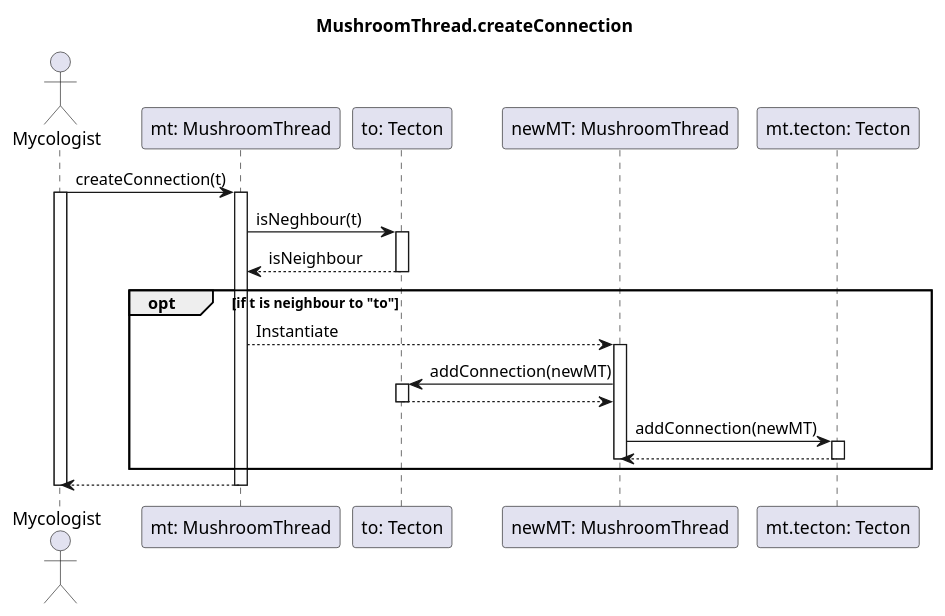
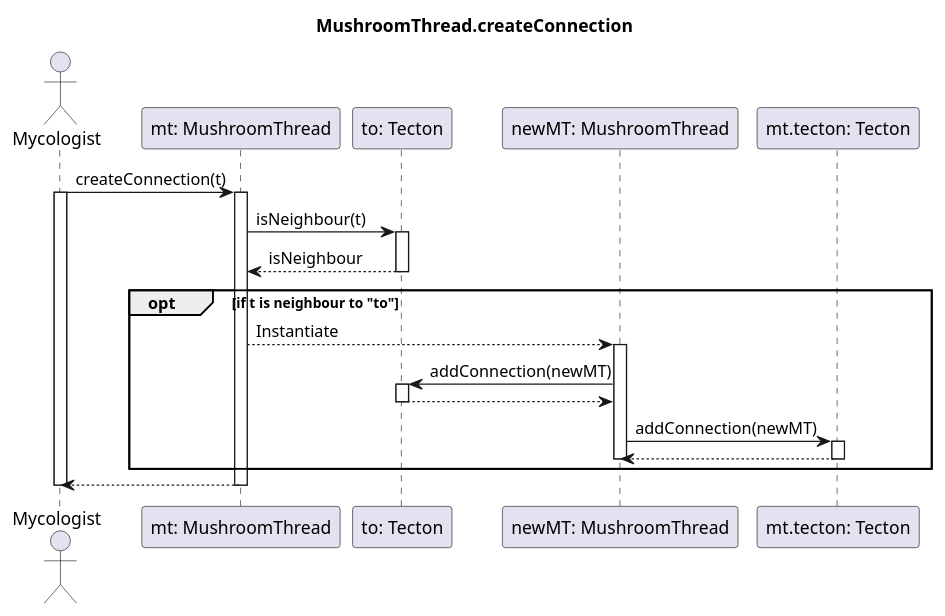
The diagram in diagrams/sequence/mushroom/mushroom_thread/createConnection.wsd (dzsem/projlab), drawn with PlantUML before and after one commit. The commit also changed 3 other files, not shown here.

```diff
--- a/diagrams/sequence/mushroom/mushroom_thread/createConnection.wsd
+++ b/diagrams/sequence/mushroom/mushroom_thread/createConnection.wsd
@@ -1,40 +1,40 @@
 @startuml Create Connection
 title MushroomThread.createConnection
 
 actor "Mycologist" as mycologist
 participant "mt: MushroomThread" as mt
 participant "to: Tecton" as to
 participant "newMT: MushroomThread" as newMT 
 participant "mt.tecton: Tecton" as t
 
 mycologist -> mt : createConnection(t)
 activate mycologist
 activate mt
 
-mt -> to : isNeghbour(t) 
+mt -> to : isNeighbour(t) 
 activate to
 to --> mt : isNeighbour
 deactivate to
 
     opt if t is neighbour to "to"
         mt --> newMT : Instantiate
         activate newMT
 
         newMT -> to: addConnection(newMT)
         activate to
         to --> newMT
         deactivate to
 
         newMT -> t : addConnection(newMT)
         activate t
         t --> newMT
         deactivate t
         deactivate newMT
 
     end
 
 mycologist <-- mt
 deactivate mt
 deactivate mycologist
 
 @enduml
```
